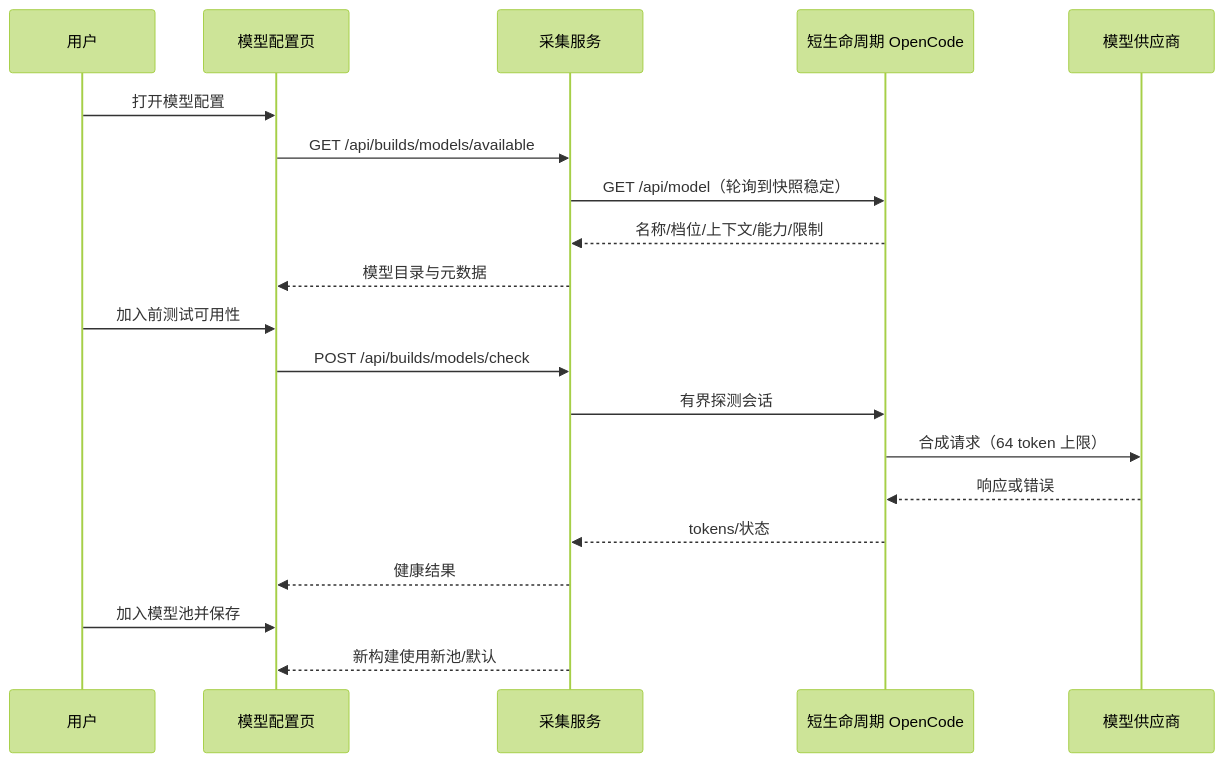
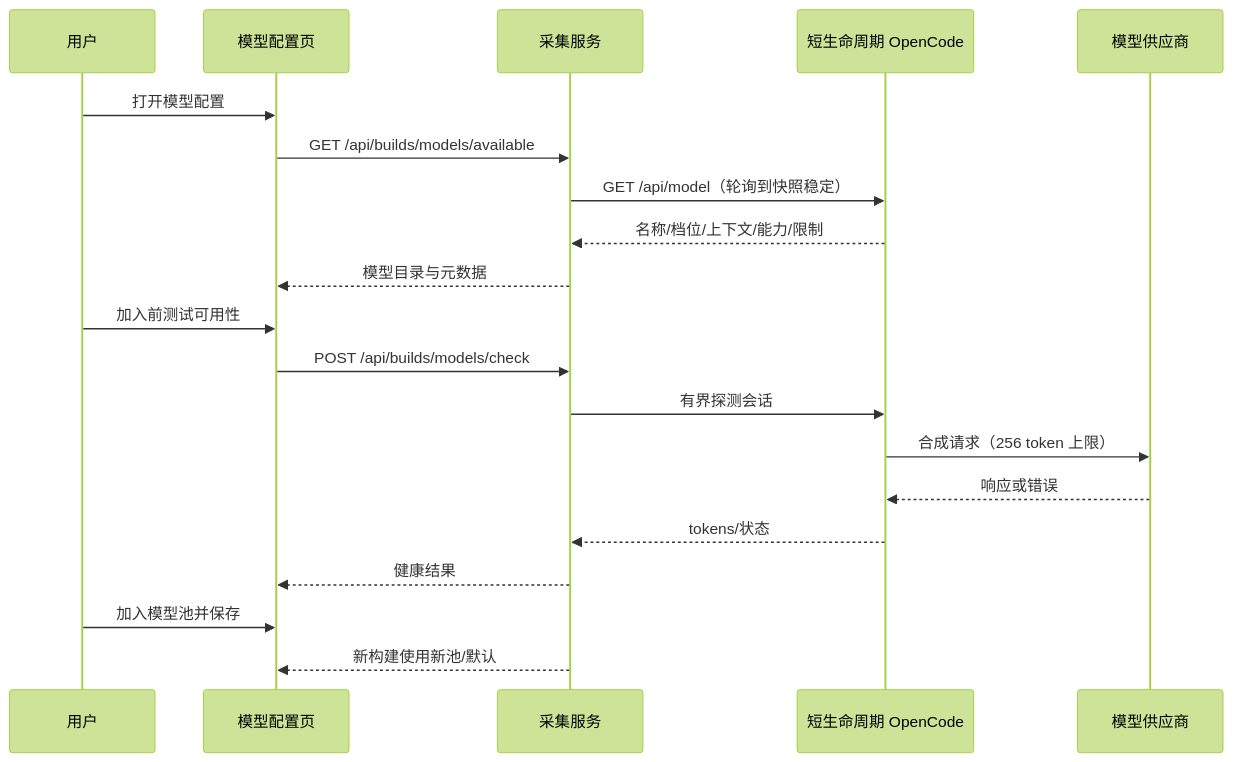
One commit to xuchaoxin1375/ai-ecom-crawler changed the diagram in docs/adr/0016-模型池配置页与持久化.md. Above: the diagram before and after it, drawn with Mermaid (forest theme). The commit also changed other lines of this file and 5 other files, not shown here.

````diff
--- a/docs/adr/0016-模型池配置页与持久化.md
+++ b/docs/adr/0016-模型池配置页与持久化.md
@@ -79,22 +79,22 @@
 ```mermaid
 sequenceDiagram
   participant U as 用户
   participant UI as 模型配置页
   participant API as 采集服务
   participant OC as 短生命周期 OpenCode
   participant P as 模型供应商
   U->>UI: 打开模型配置
   UI->>API: GET /api/builds/models/available
   API->>OC: GET /api/model（轮询到快照稳定）
   OC-->>API: 名称/档位/上下文/能力/限制
   API-->>UI: 模型目录与元数据
   U->>UI: 加入前测试可用性
   UI->>API: POST /api/builds/models/check
   API->>OC: 有界探测会话
-  OC->>P: 合成请求（64 token 上限）
+  OC->>P: 合成请求（256 token 上限）
   P-->>OC: 响应或错误
   OC-->>API: tokens/状态
   API-->>UI: 健康结果
   U->>UI: 加入模型池并保存
   API-->>UI: 新构建使用新池/默认
 ```
````
